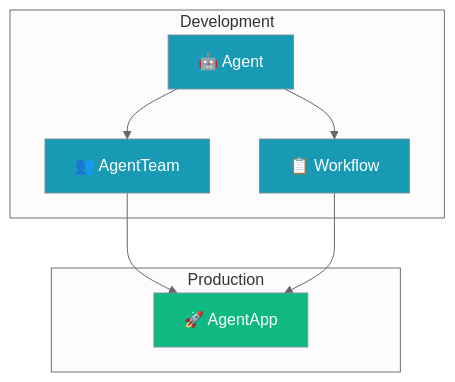
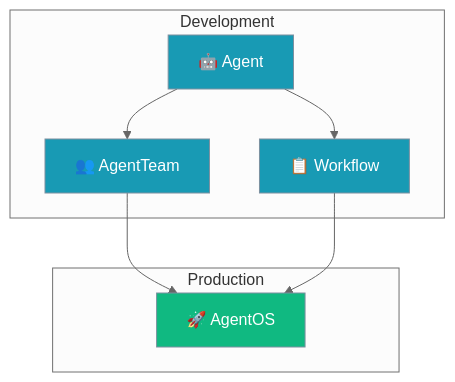
One commit to MervinPraison/PraisonAIDocs changed the first of 2 diagrams in docs/concepts/core-components.mdx. Above: the diagram before and after it, drawn with Mermaid (neutral theme). The commit also changed other lines of this file and 196 other files, not shown here.

Commit message:
Update concepts, JavaScript, examples, SDK code, and add agent-flow, agent-team, and single-file-plugins documentation

````diff
--- a/docs/concepts/core-components.mdx
+++ b/docs/concepts/core-components.mdx
@@ -10,23 +10,23 @@
 ```mermaid
 graph TB
     subgraph "Development"
         Agent[🤖 Agent]
         AgentTeam[👥 AgentTeam]
         Workflow[📋 Workflow]
     end
     
     subgraph "Production"
-        AgentApp[🚀 AgentApp]
+        AgentOS[🚀 AgentOS]
     end
     
     Agent --> AgentTeam
     Agent --> Workflow
-    AgentTeam --> AgentApp
-    Workflow --> AgentApp
+    AgentTeam --> AgentOS
+    Workflow --> AgentOS
     
     classDef dev fill:#189AB4,stroke:#7C90A0,color:#fff
     classDef prod fill:#10B981,stroke:#7C90A0,color:#fff
     
     class Agent,AgentTeam,Workflow dev
-    class AgentApp prod
+    class AgentOS prod
 ```
````
